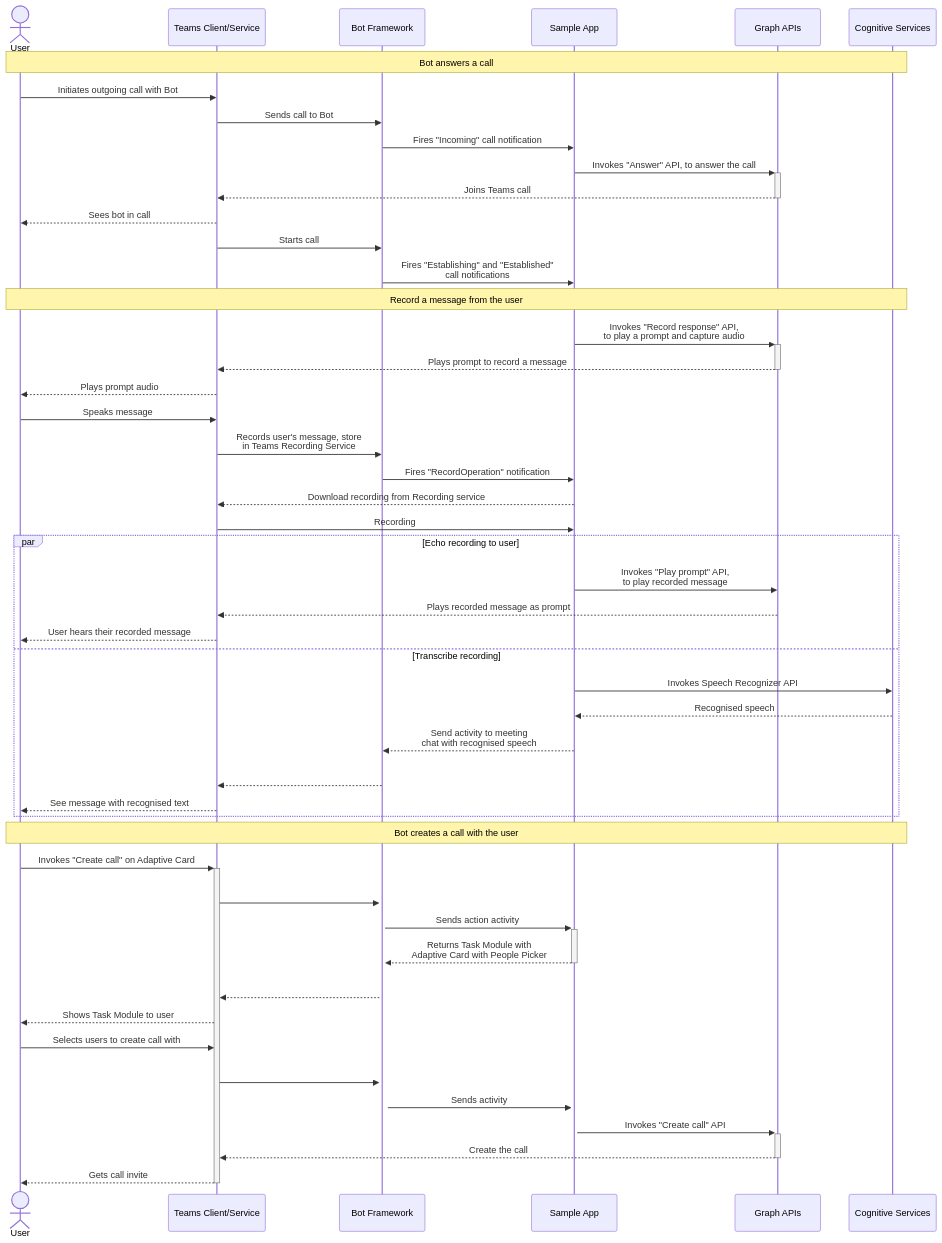
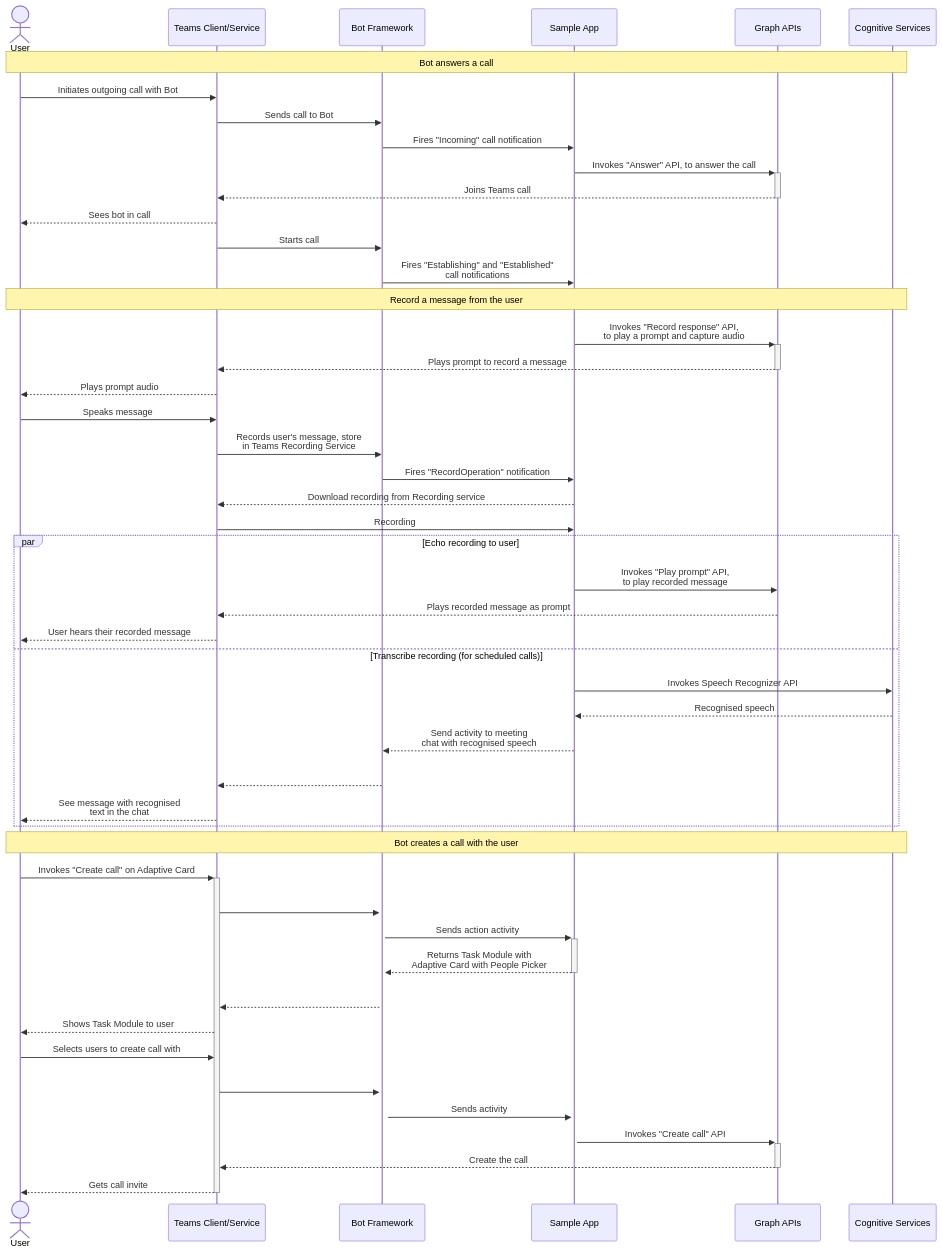
The diagram in samples/bot-calling-meeting/csharp/docs/design-doc.md (OfficeDev/Microsoft-Teams-Samples), drawn with Mermaid before and after one commit. The commit also changed other lines of this file, not shown here.

````diff
--- a/samples/bot-calling-meeting/csharp/docs/design-doc.md
+++ b/samples/bot-calling-meeting/csharp/docs/design-doc.md
@@ -22,56 +98,55 @@
 ```mermaid
 sequenceDiagram
     actor User
     participant Teams as Teams Client/Service
     participant BotFramework as Bot Framework
     participant App as Sample App
     participant Graph as Graph APIs
     participant Cognitive as Cognitive Services
 
     Note over User,Cognitive: Bot answers a call
     User->>Teams: Initiates outgoing call with Bot
     Teams->>BotFramework: Sends call to Bot
     BotFramework->>App: Fires "Incoming" call notification
     App->>+Graph: Invokes "Answer" API, to answer the call
     Graph-->>-Teams: Joins Teams call
     Teams-->>User: Sees bot in call
     Teams->>BotFramework: Starts call
     BotFramework->>App: Fires "Establishing" and "Established" <br>call notifications
 
     Note over User,Cognitive: Record a message from the user
     App->>+Graph: Invokes "Record response" API, <br>to play a prompt and capture audio
     Graph-->>-Teams: Plays prompt to record a message
     Teams-->>User: Plays prompt audio
     User->>Teams: Speaks message
     Teams->>BotFramework: Records user's message, store <br>in Teams Recording Service
     BotFramework->>App: Fires "RecordOperation" notification
     App-->>Teams: Download recording from Recording service
     Teams->>App: Recording
 
     par Echo recording to user
         App->>Graph: Invokes "Play prompt" API, <br>to play recorded message
         Graph-->>Teams: Plays recorded message as prompt
         Teams-->>User: User hears their recorded message
-    and Transcribe recording
+    and Transcribe recording (for scheduled calls)
         App->>Cognitive: Invokes Speech Recognizer API
         Cognitive-->>App: Recognised speech
         App-->>BotFramework: Send activity to meeting<br>chat with recognised speech
         BotFramework-->>Teams: <br>
-        Teams-->>User: See message with recognised text
+        Teams-->>User: See message with recognised <br>text in the chat
     end
-
 
     Note over User,Cognitive: Bot creates a call with the user
     User->>+Teams: Invokes "Create call" on Adaptive Card
     Teams->>+BotFramework: <br>
     BotFramework->>+App: Sends action activity
     App-->>-BotFramework: Returns Task Module with<br>Adaptive Card with People Picker
     BotFramework-->>Teams: <br>
     Teams-->>User: Shows Task Module to user
     User->>Teams: Selects users to create call with
     Teams->>+BotFramework: <br>
     BotFramework->>+App: Sends activity
     App->>+Graph: Invokes "Create call" API
     Graph-->>-Teams: Create the call
     Teams-->>-User: Gets call invite
 ```
````
